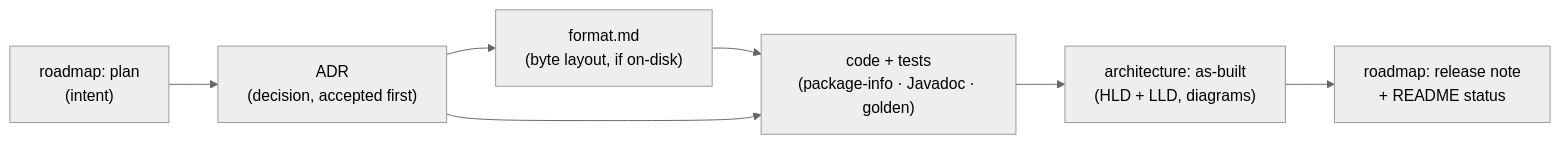
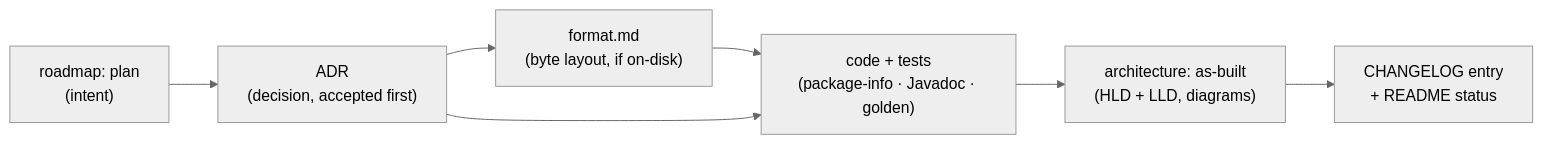
One commit to rahul-j0shi/shale changed the diagram in documentation/README.md. Above: the diagram before and after it, drawn with Mermaid (neutral theme). The commit also changed other lines of this file and 22 other files, not shown here.

First line of the commit message:
docs(docs): rewrite the charter and front door around the thesis

````diff
--- a/documentation/README.md
+++ b/documentation/README.md
@@ -45,9 +44,9 @@
 ```mermaid
 flowchart LR
   plan["roadmap: plan<br/>(intent)"] --> adr["ADR<br/>(decision, accepted first)"]
   adr --> fmt["format.md<br/>(byte layout, if on-disk)"]
   fmt --> code["code + tests<br/>(package-info · Javadoc · golden)"]
   adr --> code
   code --> arch["architecture: as-built<br/>(HLD + LLD, diagrams)"]
-  arch --> note["roadmap: release note<br/>+ README status"]
+  arch --> note["CHANGELOG entry<br/>+ README status"]
 ```
````
